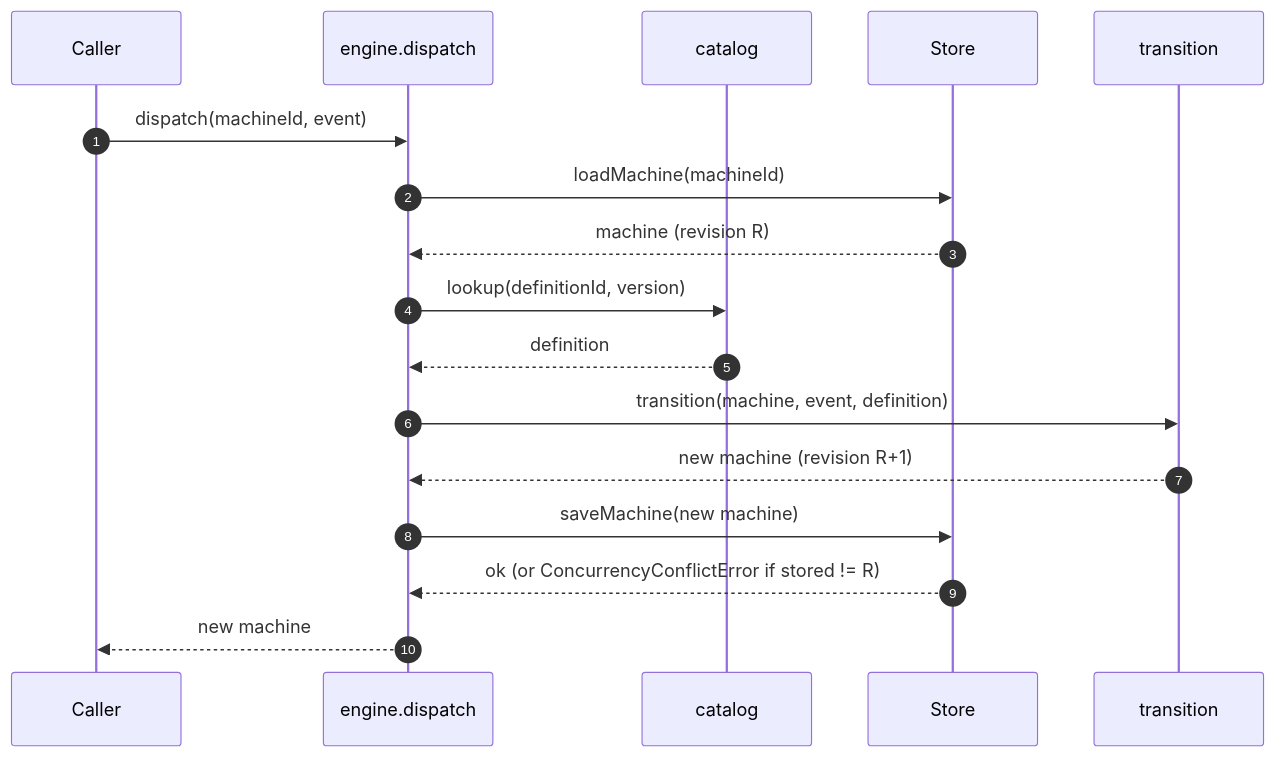
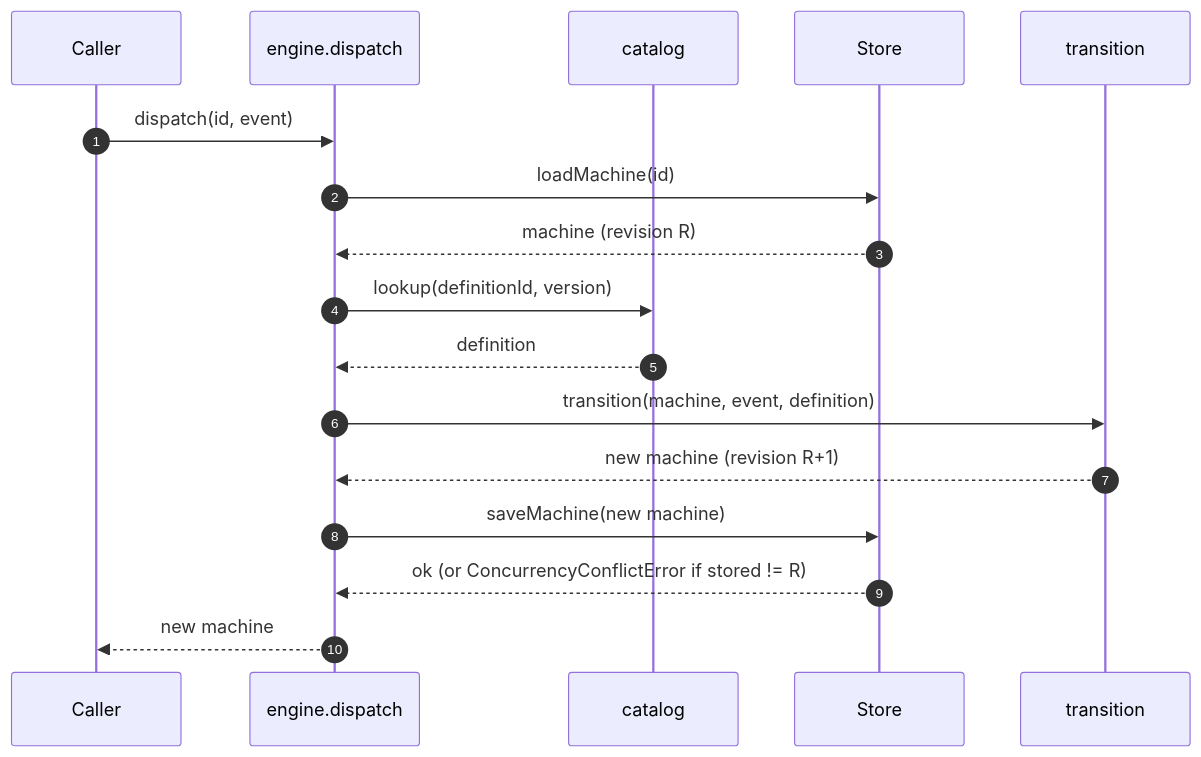
The second of 3 diagrams in architecture.md (foreman-lab/handbook), drawn with Mermaid before and after one commit. The commit also changed other lines of this file, not shown here.

````diff
--- a/architecture.md
+++ b/architecture.md
@@ -311,20 +309,20 @@
 ```mermaid
 sequenceDiagram
     autonumber
     participant C as Caller
     participant E as engine.dispatch
     participant Cat as catalog
     participant S as Store
     participant Dom as transition
 
-    C->>E: dispatch(machineId, event)
-    E->>S: loadMachine(machineId)
+    C->>E: dispatch(id, event)
+    E->>S: loadMachine(id)
     S-->>E: machine (revision R)
     E->>Cat: lookup(definitionId, version)
     Cat-->>E: definition
     E->>Dom: transition(machine, event, definition)
     Dom-->>E: new machine (revision R+1)
     E->>S: saveMachine(new machine)
     S-->>E: ok (or ConcurrencyConflictError if stored != R)
     E-->>C: new machine
 ```
````
